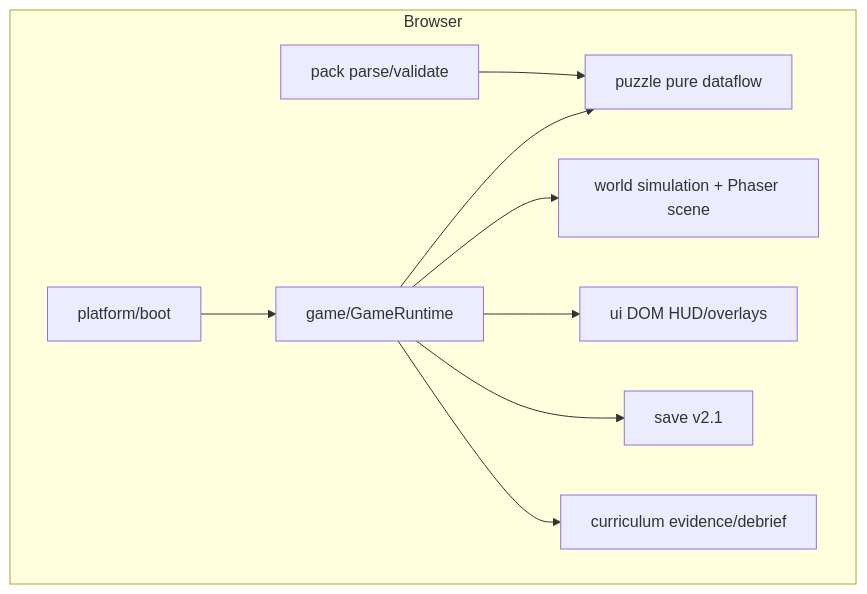
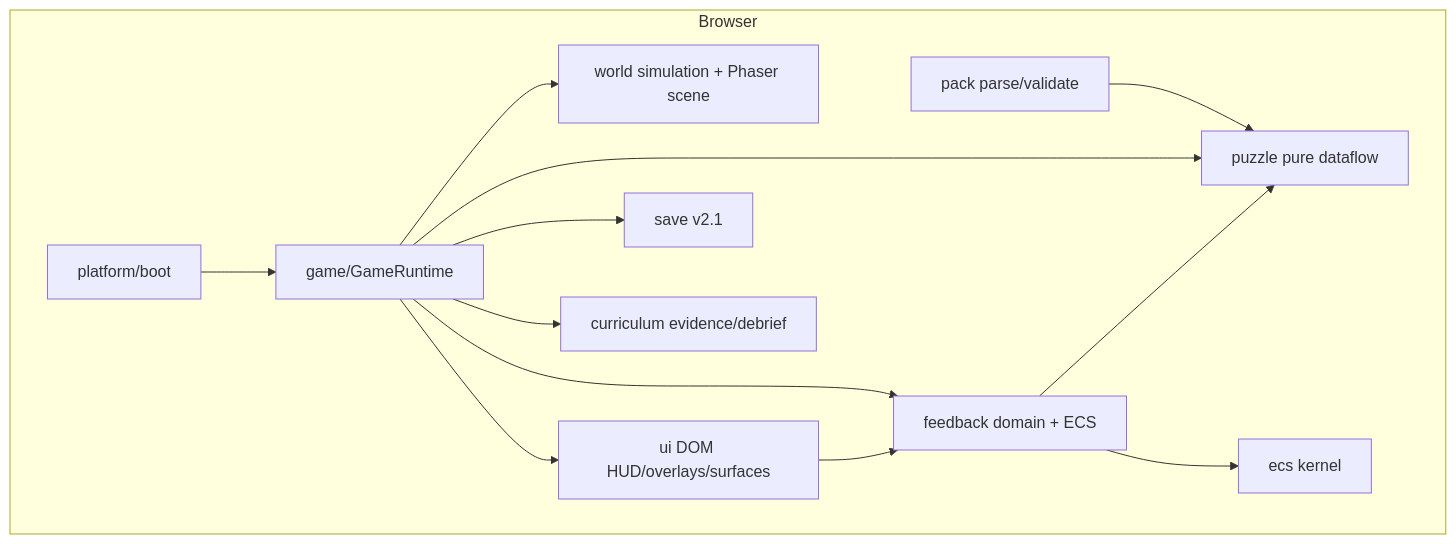
Before and after one commit to Snorre98/shrinkonauts: the second of 10 diagrams in docs/puzzle-engine/architecture.md, drawn with Mermaid. The commit also changed other lines of this file and 38 other files, not shown here.

````diff
--- a/docs/puzzle-engine/architecture.md
+++ b/docs/puzzle-engine/architecture.md
@@ -123,20 +151,26 @@
 ```mermaid
 flowchart TB
     subgraph Browser
         Platform[platform/boot]
         Game[game/GameRuntime]
         World[world simulation + Phaser scene]
-        UI[ui DOM HUD/overlays]
+        UI[ui DOM HUD/overlays/surfaces]
+        Feedback[feedback domain + ECS]
+        Ecs[ecs kernel]
         Puzzle[puzzle pure dataflow]
         Pack[pack parse/validate]
         Curriculum[curriculum evidence/debrief]
         Save[save v2.1]
     end
     Pack --> Puzzle
     Game --> Puzzle
+    Game --> Feedback
+    Feedback --> Ecs
+    Feedback --> Puzzle
     Game --> World
     Game --> UI
+    UI --> Feedback
     Game --> Save
     Game --> Curriculum
     Platform --> Game
 ```
````
